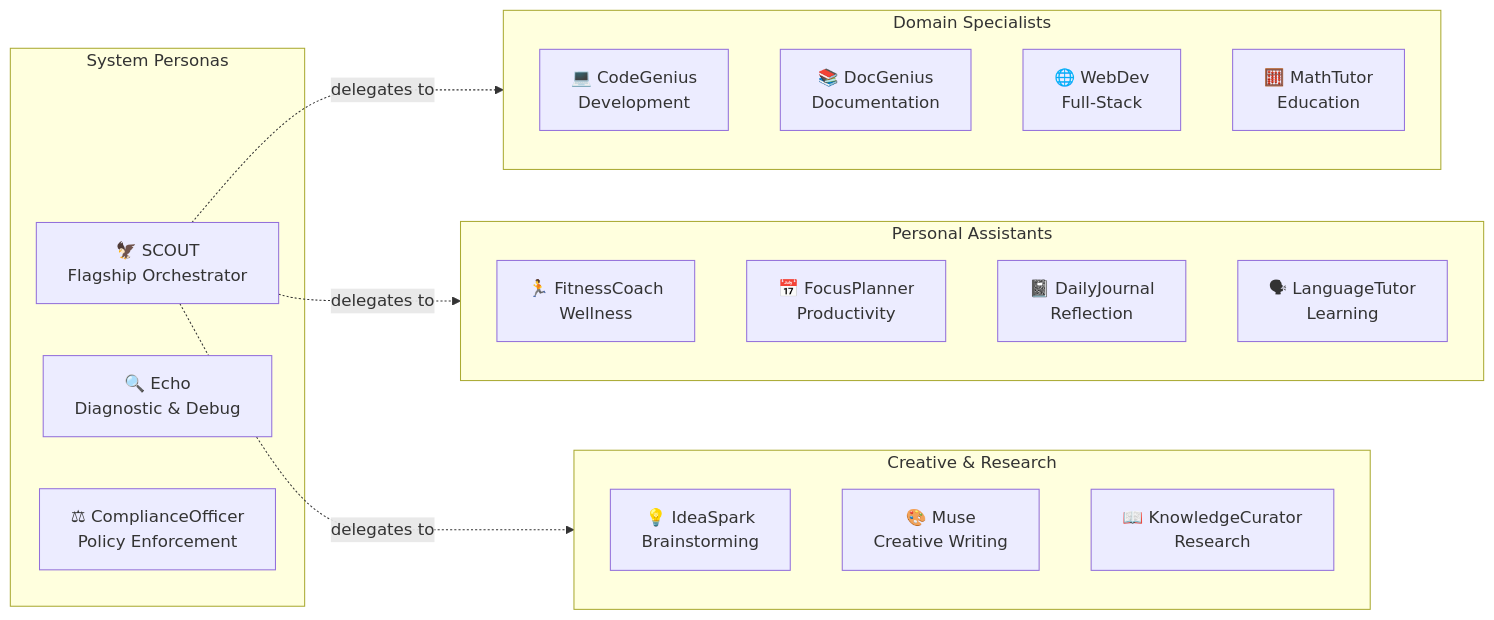
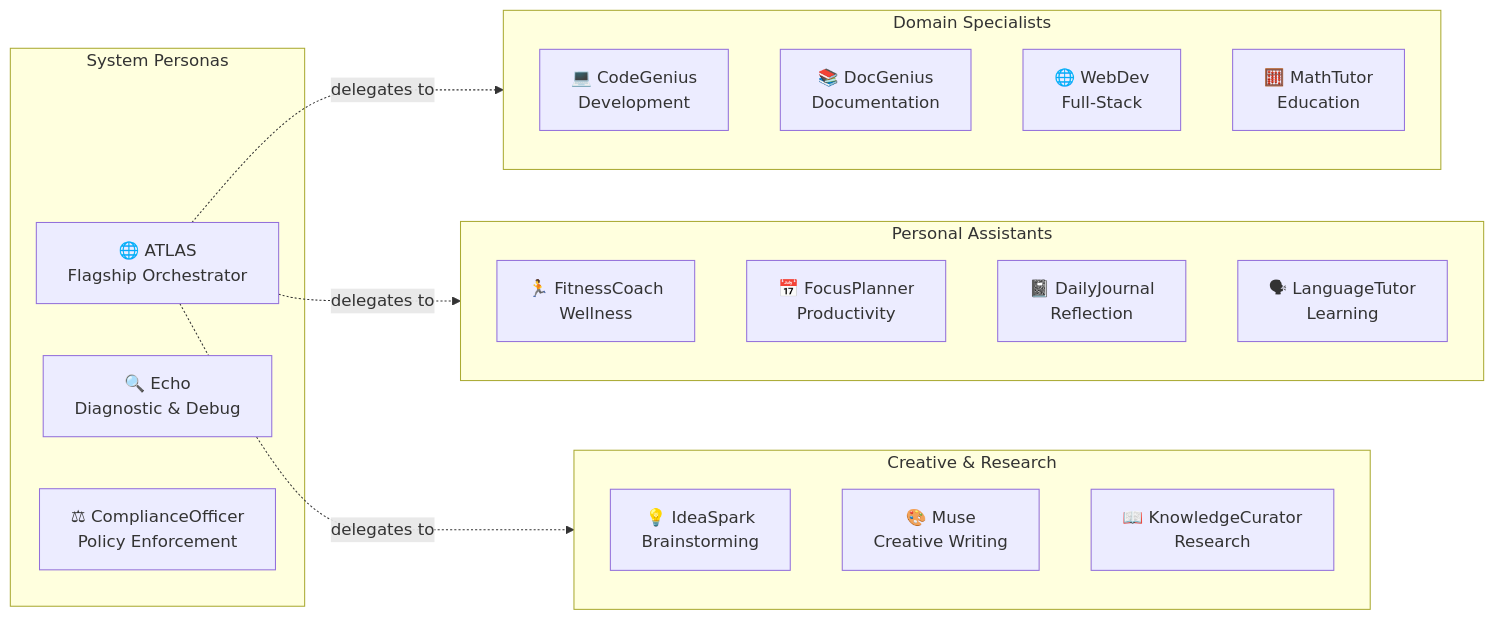
One commit to DigitalHallucinations/ATLAS changed the second of 5 diagrams in README.md. Above: the diagram before and after it, drawn with Mermaid. The commit also changed other lines of this file and 48 other files, not shown here.

````diff
--- a/README.md
+++ b/README.md
@@ -142,32 +142,32 @@
 ```mermaid
 flowchart LR
     subgraph System["System Personas"]
-        S1[🦅 SCOUT<br/>Flagship Orchestrator]
+        S1[🌐 ATLAS<br/>Flagship Orchestrator]
         S2[🔍 Echo<br/>Diagnostic & Debug]
         S3[⚖ ComplianceOfficer<br/>Policy Enforcement]
     end
 
     subgraph Domain["Domain Specialists"]
         D1[💻 CodeGenius<br/>Development]
         D2[📚 DocGenius<br/>Documentation]
         D3[🌐 WebDev<br/>Full-Stack]
         D4[🧮 MathTutor<br/>Education]
     end
 
     subgraph Personal["Personal Assistants"]
         P1[🏃 FitnessCoach<br/>Wellness]
         P2[📅 FocusPlanner<br/>Productivity]
         P3[📓 DailyJournal<br/>Reflection]
         P4[🗣 LanguageTutor<br/>Learning]
     end
 
     subgraph Creative["Creative & Research"]
         C1[💡 IdeaSpark<br/>Brainstorming]
         C2[🎨 Muse<br/>Creative Writing]
         C3[📖 KnowledgeCurator<br/>Research]
     end
 
     S1 -.->|delegates to| Domain
     S1 -.->|delegates to| Personal
     S1 -.->|delegates to| Creative
 ```
````
